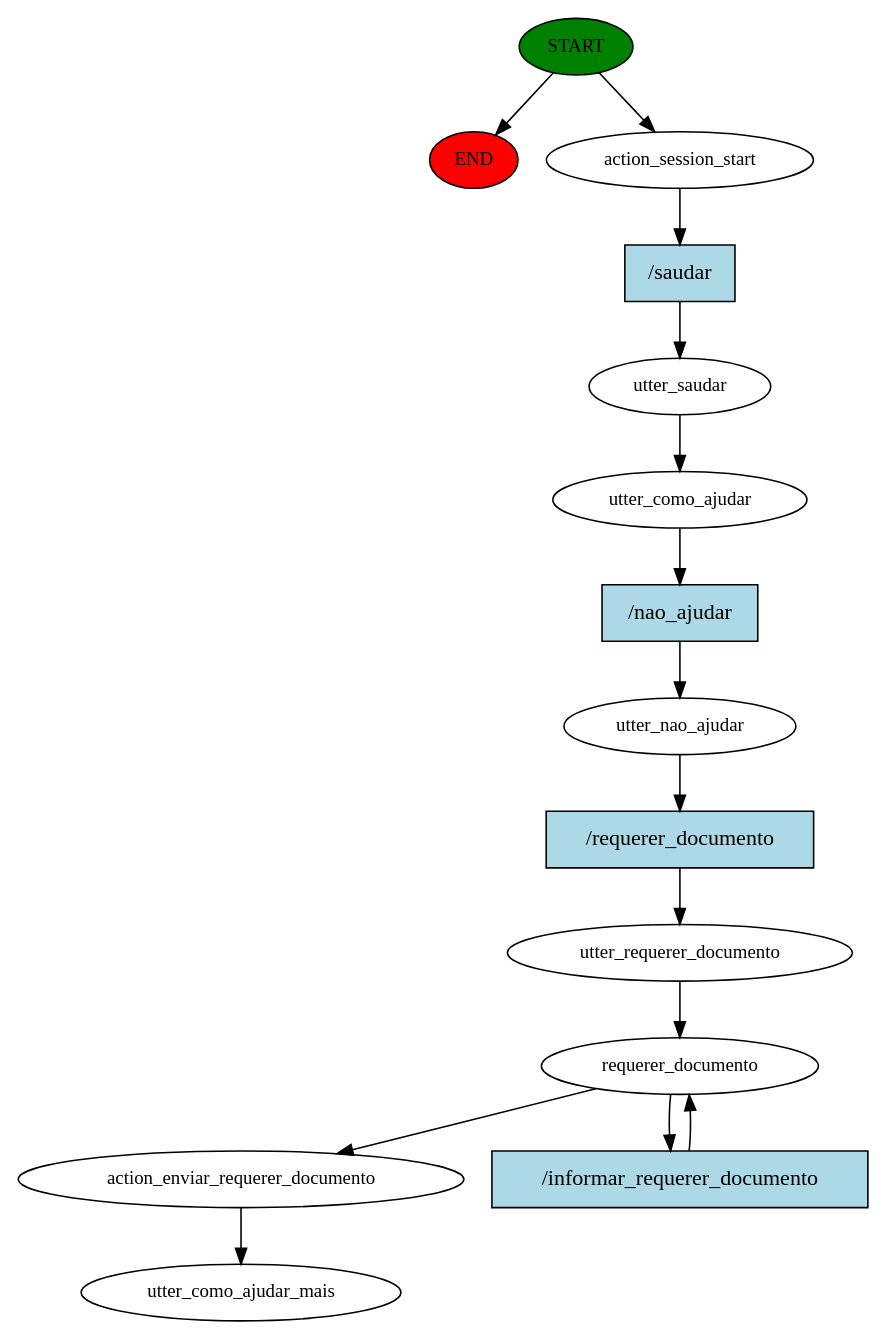
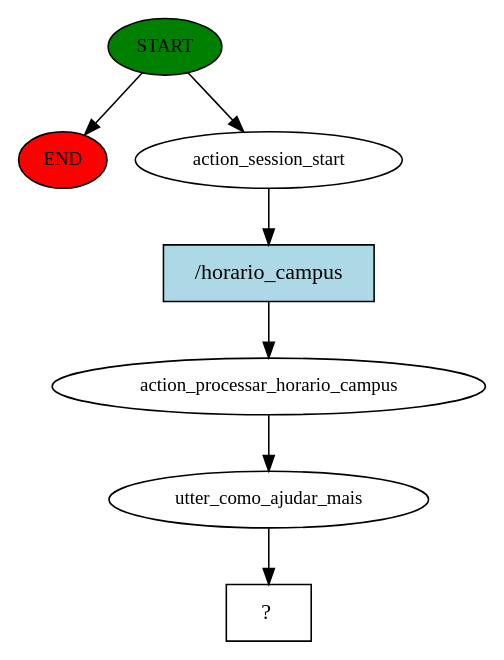
Before and after one commit to ifscbot/rasa-project: the diagram in story_graph.dot, drawn with Graphviz. The commit also changed 4 other files, not shown here.

```diff
--- a/story_graph.dot
+++ b/story_graph.dot
@@ -1,30 +1,15 @@
 digraph  {
 0 [class="start active", fillcolor=green, fontsize=12, label=START, style=filled];
 "-1" [class=end, fillcolor=red, fontsize=12, label=END, style=filled];
 1 [class=active, fontsize=12, label=action_session_start];
-2 [class=active, fontsize=12, label=utter_saudar];
-3 [class=active, fontsize=12, label=utter_como_ajudar];
-4 [class=active, fontsize=12, label=utter_nao_ajudar];
-5 [class=active, fontsize=12, label=utter_requerer_documento];
-6 [class=active, fontsize=12, label=requerer_documento];
-8 [class=active, fontsize=12, label=action_enviar_requerer_documento];
-9 [class="dashed active", fontsize=12, label=utter_como_ajudar_mais];
-10 [class="intent active", fillcolor=lightblue, label="/saudar", shape=rect, style=filled];
-11 [class="intent active", fillcolor=lightblue, label="/nao_ajudar", shape=rect, style=filled];
-12 [class="intent active", fillcolor=lightblue, label="/requerer_documento", shape=rect, style=filled];
-13 [class="intent active", fillcolor=lightblue, label="/informar_requerer_documento", shape=rect, style=filled];
+2 [class=active, fontsize=12, label=action_processar_horario_campus];
+3 [class=active, fontsize=12, label=utter_como_ajudar_mais];
+4 [class="intent dashed active", label="  ?  ", shape=rect];
+5 [class="intent active", fillcolor=lightblue, label="/horario_campus", shape=rect, style=filled];
 0 -> "-1"  [class="", key=NONE, label=""];
 0 -> 1  [class=active, key=NONE, label=""];
-1 -> 10  [class=active, key=0];
+1 -> 5  [class=active, key=0];
 2 -> 3  [class=active, key=NONE, label=""];
-3 -> 11  [class=active, key=0];
-4 -> 12  [class=active, key=0];
-5 -> 6  [class=active, key=NONE, label=""];
-6 -> 8  [class=active, key=NONE, label=""];
-6 -> 13  [class=active, key=0];
-8 -> 9  [class=active, key=NONE, label=""];
-10 -> 2  [class=active, key=0];
-11 -> 4  [class=active, key=0];
-12 -> 5  [class=active, key=0];
-13 -> 6  [class=active, key=0];
+3 -> 4  [class=active, key=NONE, label=""];
+5 -> 2  [class=active, key=0];
 }
```
